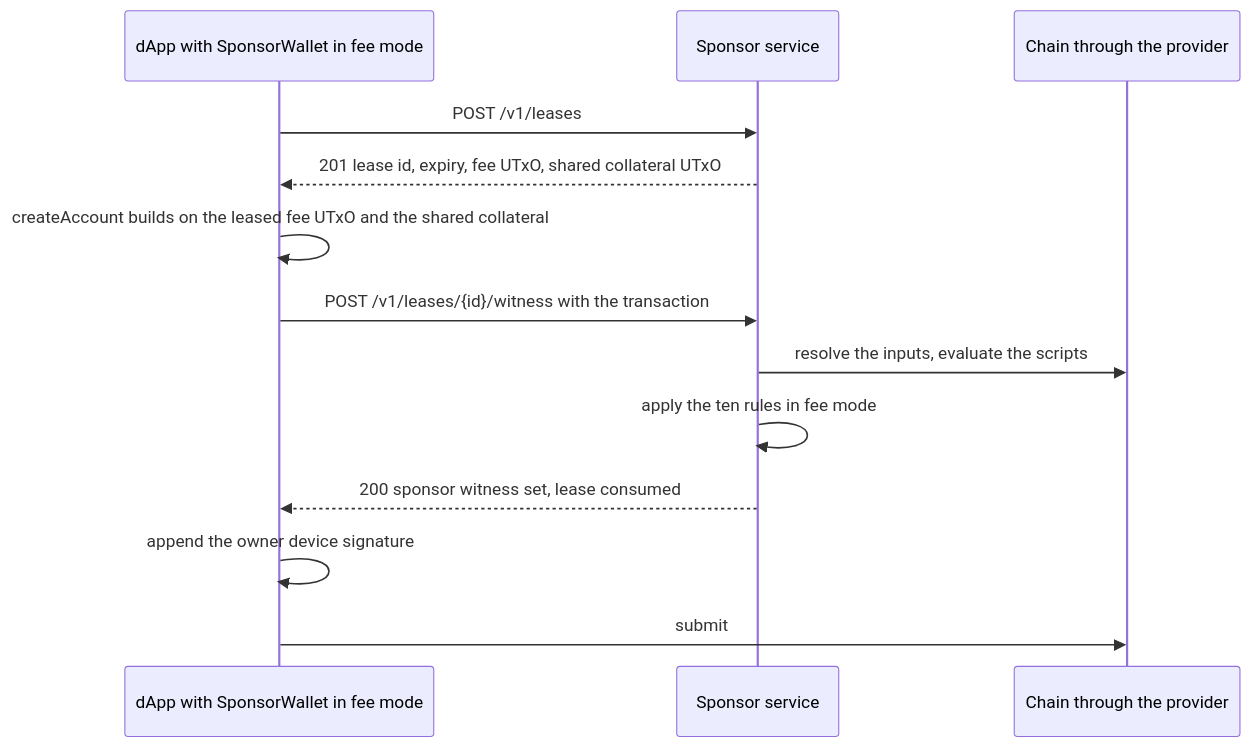
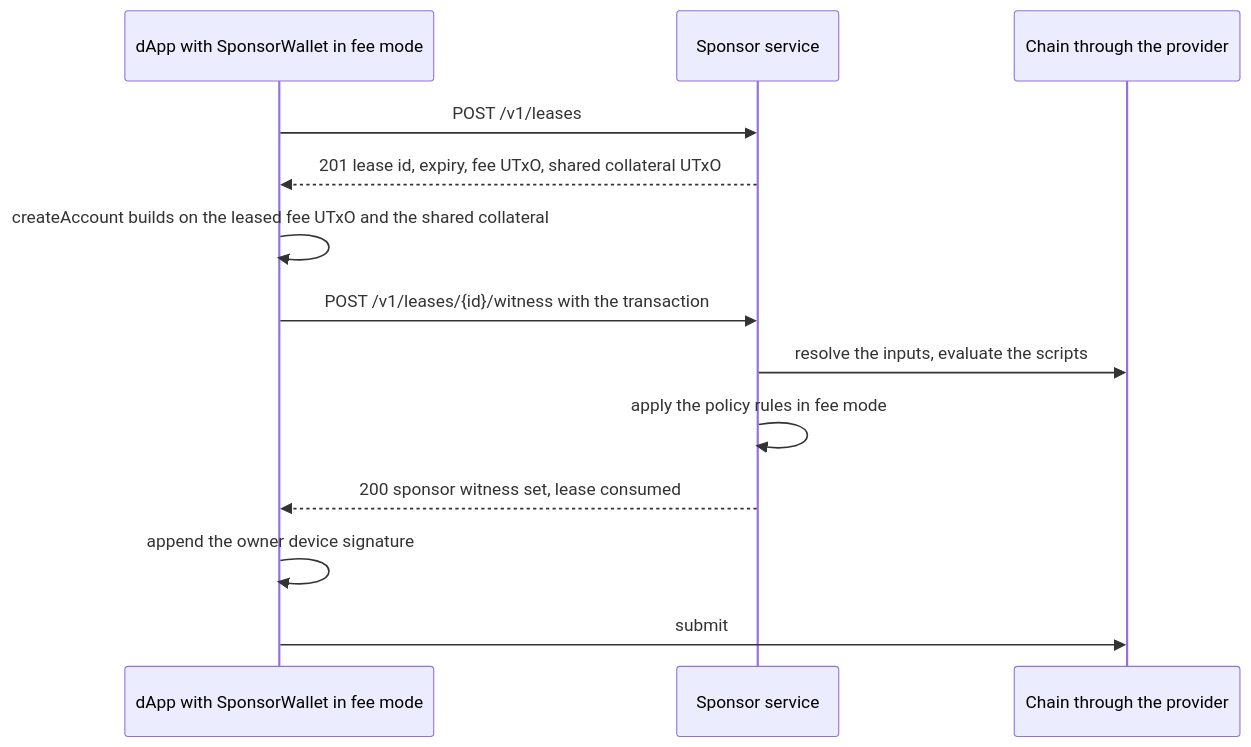
The first of 2 diagrams in README.md (Biglup/cardano-account-custody-fee-sponsor), drawn with Mermaid before and after one commit. The commit also changed other lines of this file and 20 other files, not shown here.

````diff
--- a/README.md
+++ b/README.md
@@ -48,15 +74,15 @@
 ```mermaid
 sequenceDiagram
     participant D as dApp with SponsorWallet in fee mode
     participant S as Sponsor service
     participant C as Chain through the provider
     D->>S: POST /v1/leases
     S-->>D: 201 lease id, expiry, fee UTxO, shared collateral UTxO
     D->>D: createAccount builds on the leased fee UTxO and the shared collateral
     D->>S: POST /v1/leases/{id}/witness with the transaction
     S->>C: resolve the inputs, evaluate the scripts
-    S->>S: apply the ten rules in fee mode
+    S->>S: apply the policy rules in fee mode
     S-->>D: 200 sponsor witness set, lease consumed
     D->>D: append the owner device signature
     D->>C: submit
 ```
````
